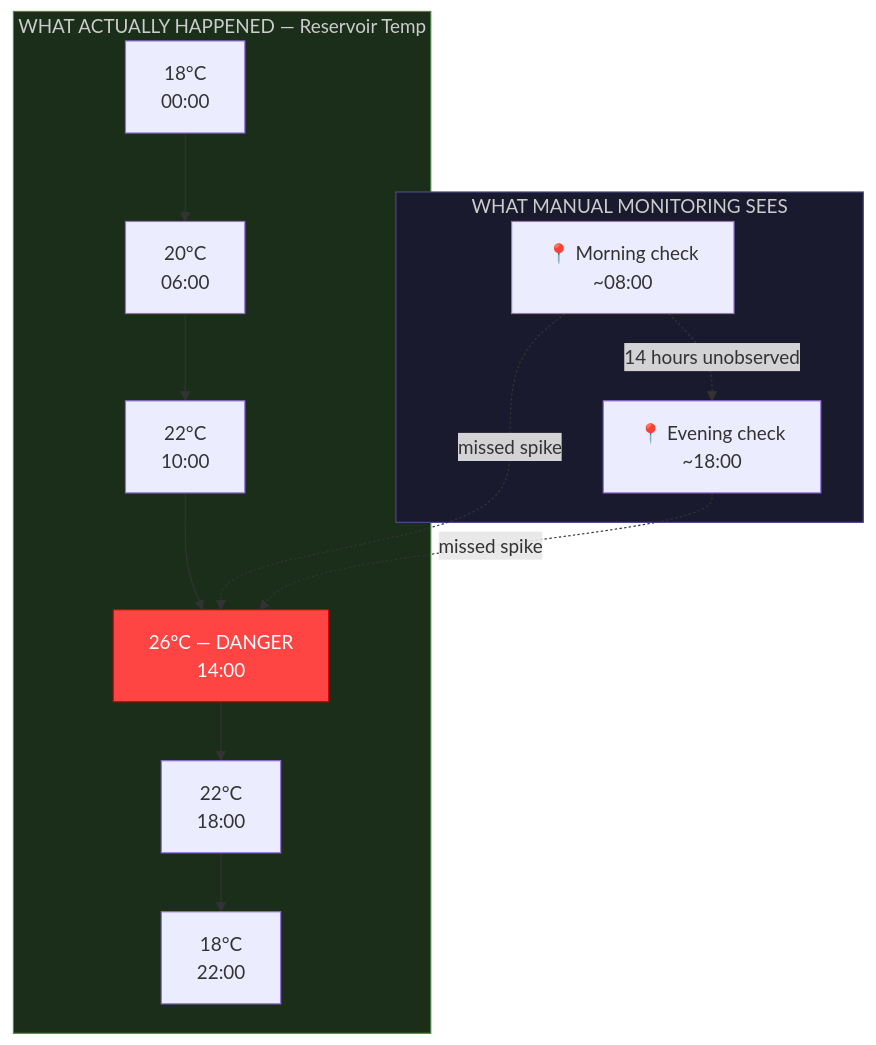
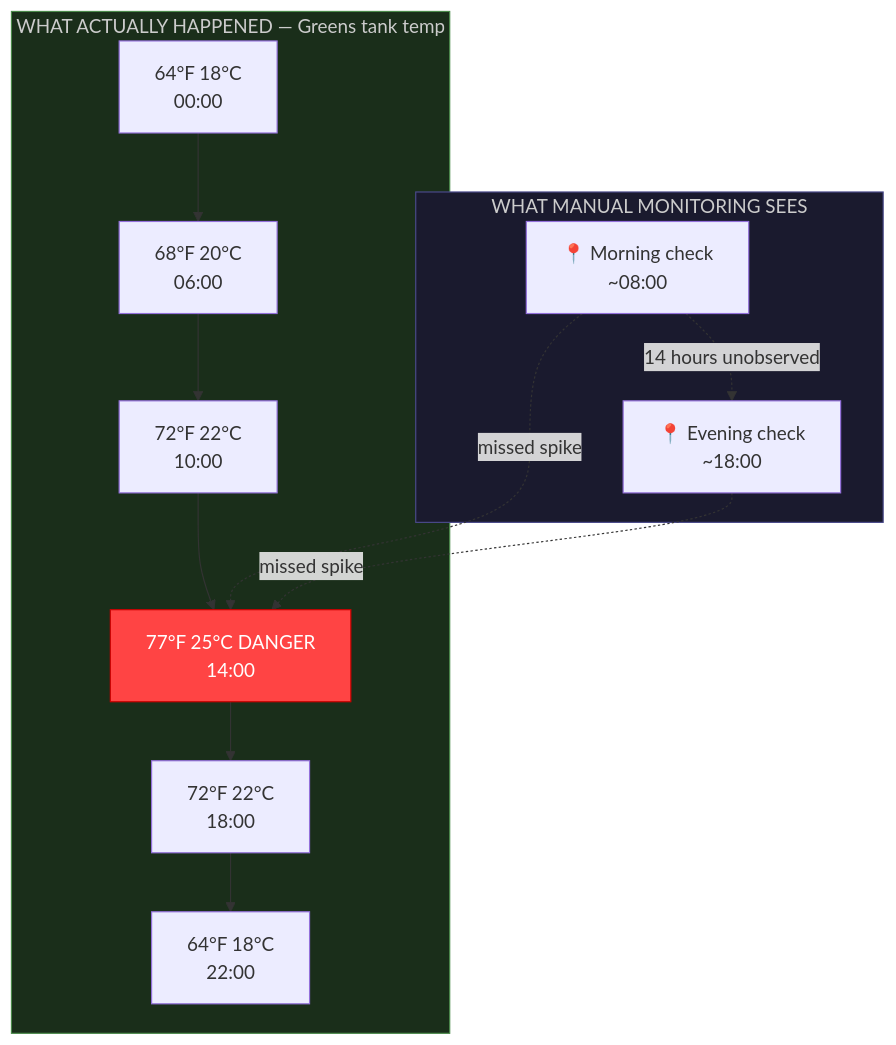
The first of 14 diagrams in guide/nft/13-automation.md (UncleJS/guide_hydroponics), drawn with Mermaid before and after one commit. The commit also changed other lines of this file and 18 other files, not shown here.

````diff
--- a/guide/nft/13-automation.md
+++ b/guide/nft/13-automation.md
@@ -105,25 +105,25 @@
 ```mermaid
 flowchart TD
     subgraph manual["WHAT MANUAL MONITORING SEES"]
         M1["📍 Morning check<br/>~08:00"]
         M2["📍 Evening check<br/>~18:00"]
         M1 -.->|"14 hours unobserved"| M2
     end
 
-    subgraph actual["WHAT ACTUALLY HAPPENED — Reservoir Temp"]
-        T1["18°C<br/>00:00"]
-        T2["20°C<br/>06:00"]
-        T3["22°C<br/>10:00"]
-        T4["26°C — DANGER<br/>14:00"]
-        T5["22°C<br/>18:00"]
-        T6["18°C<br/>22:00"]
+    subgraph actual["WHAT ACTUALLY HAPPENED — Greens tank temp"]
+        T1["64°F 18°C<br/>00:00"]
+        T2["68°F 20°C<br/>06:00"]
+        T3["72°F 22°C<br/>10:00"]
+        T4["77°F 25°C DANGER<br/>14:00"]
+        T5["72°F 22°C<br/>18:00"]
+        T6["64°F 18°C<br/>22:00"]
         T1 --> T2 --> T3 --> T4 --> T5 --> T6
     end
 
     M1 -. "missed spike" .-> T4
     M2 -. "missed spike" .-> T4
 
     style T4 fill:#ff4444,color:#fff,stroke:#cc0000
     style manual fill:#1a1a2e,stroke:#4a4a8a,color:#ccc
     style actual fill:#1a2e1a,stroke:#4a8a4a,color:#ccc
 ```
````
